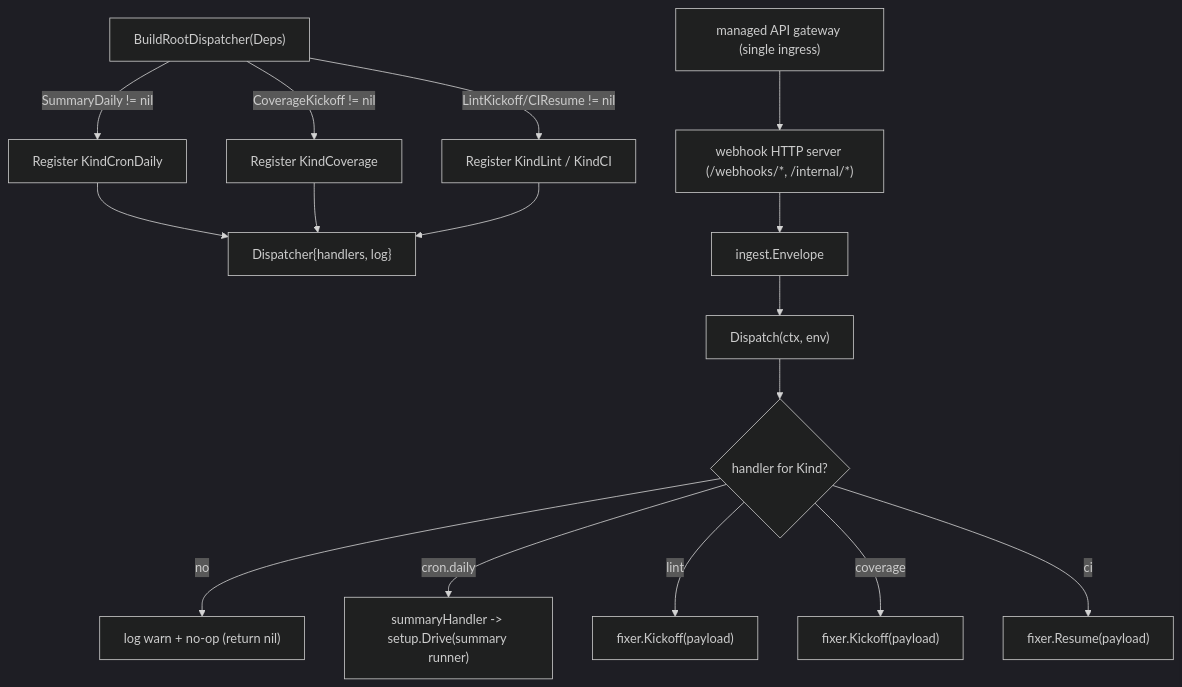
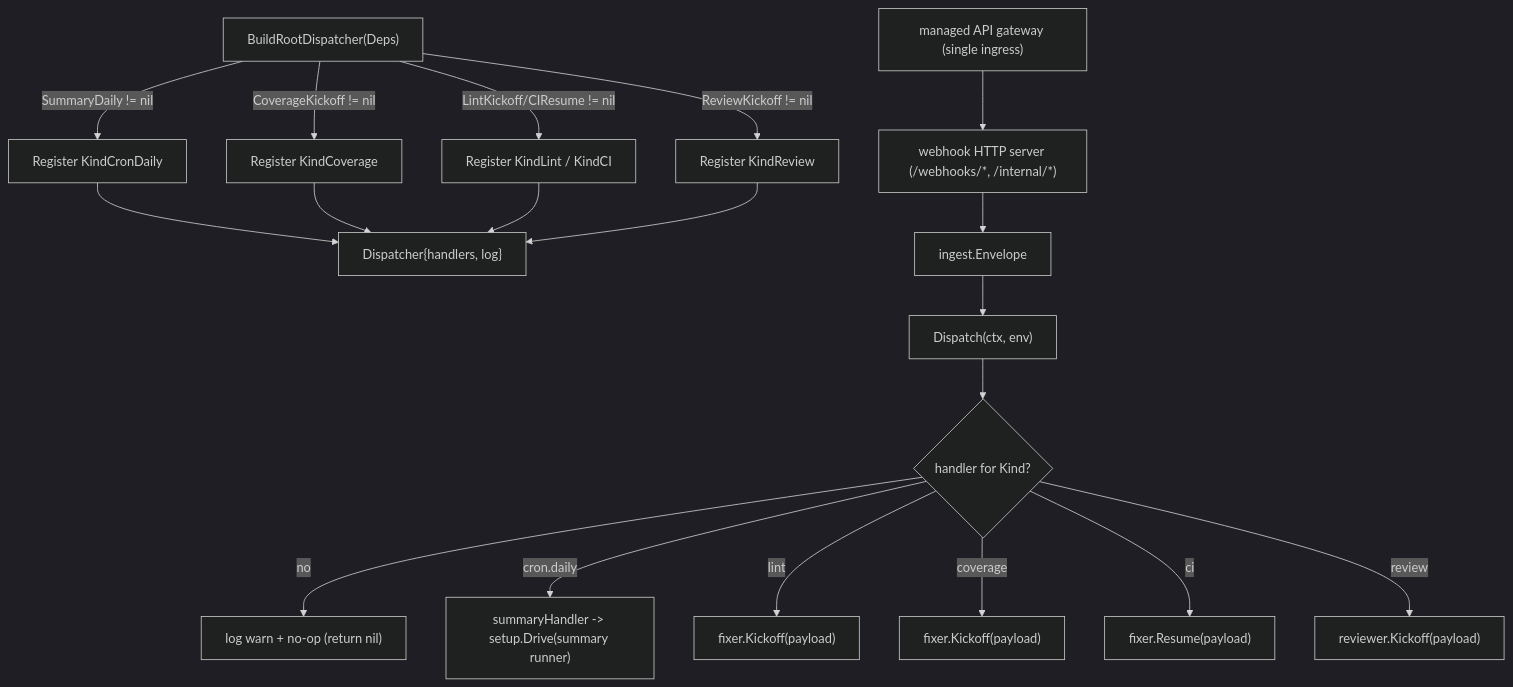
One commit to jkjamies/automation-agent changed the diagram in go/internal/agent/root/AGENTS.md. Above: the diagram before and after it, drawn with Mermaid (dark theme). The commit also changed other lines of this file and 5 other files, not shown here.

First line of the commit message:
Document the PR code-review agent (config table, webhooks, diagrams) (#32)

````diff
--- a/go/internal/agent/root/AGENTS.md
+++ b/go/internal/agent/root/AGENTS.md
@@ -7,18 +7,21 @@
 ```mermaid
 flowchart TD
     Build["BuildRootDispatcher(Deps)"] -->|"SummaryDaily != nil"| RegC["Register KindCronDaily"]
     Build -->|"CoverageKickoff != nil"| RegCov["Register KindCoverage"]
     Build -->|"LintKickoff/CIResume != nil"| RegL["Register KindLint / KindCI"]
+    Build -->|"ReviewKickoff != nil"| RegRev["Register KindReview"]
     RegC --> D["Dispatcher{handlers, log}"]
     RegCov --> D
     RegL --> D
+    RegRev --> D
     GW["managed API gateway (single ingress)"] --> Ing["webhook HTTP server (/webhooks/*, /internal/*)"]
     Ing --> Env["ingest.Envelope"]
     Env --> Disp["Dispatch(ctx, env)"]
     Disp --> M{"handler for Kind?"}
     M -->|no| Warn["log warn + no-op (return nil)"]
     M -->|"cron.daily"| Sum["summaryHandler -> setup.Drive(summary runner)"]
     M -->|lint| LK["fixer.Kickoff(payload)"]
     M -->|coverage| CK["fixer.Kickoff(payload)"]
     M -->|ci| LR["fixer.Resume(payload)"]
+    M -->|review| RK["reviewer.Kickoff(payload)"]
 ```
````
